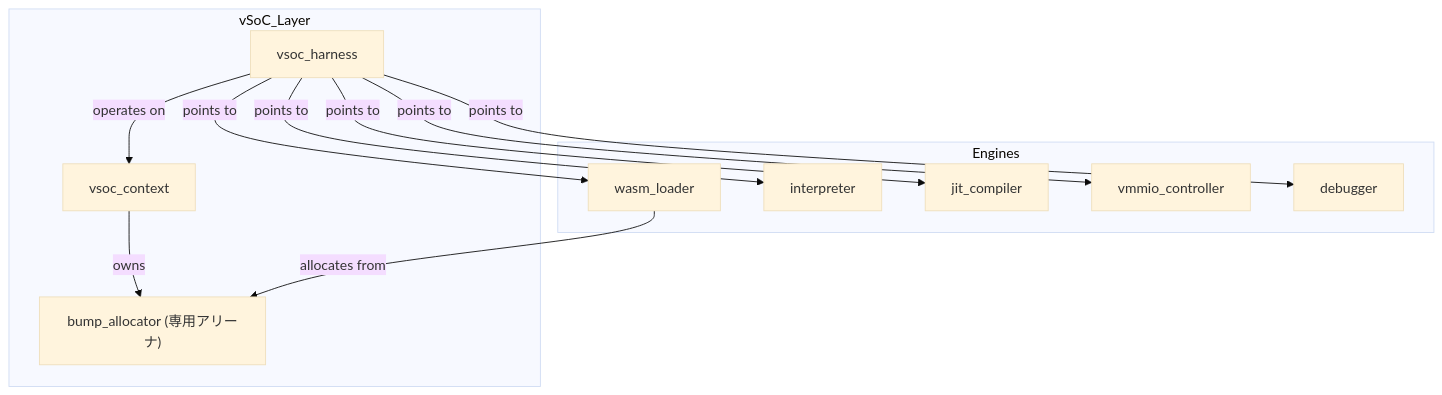
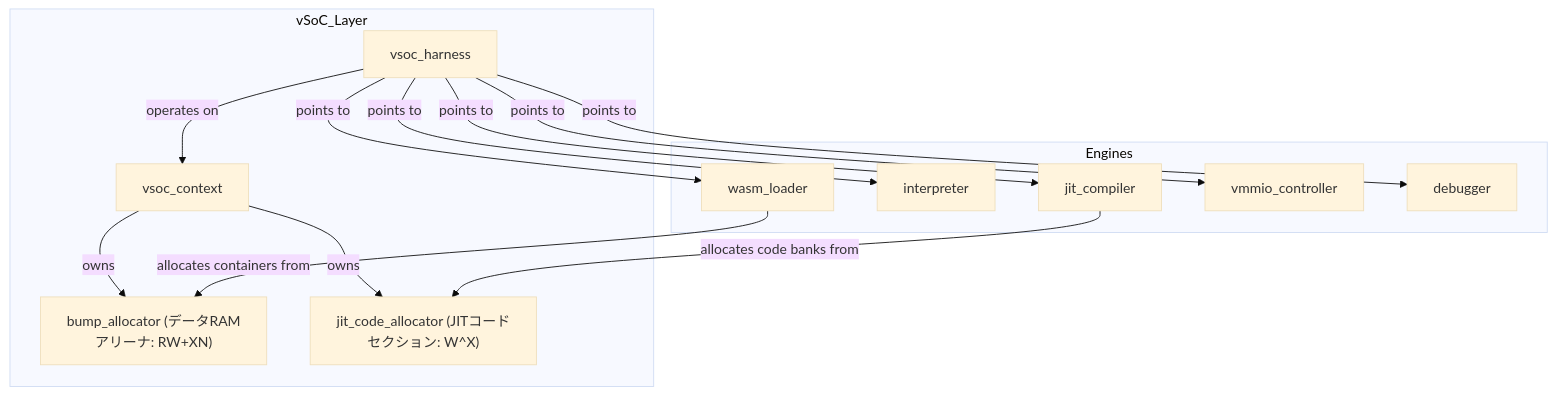
Before and after one commit to kmt-t/fireball: the first of 6 diagrams in docs/components/tier2_runtime/runtime_vsoc.md, drawn with Mermaid (base theme). The commit also changed other lines of this file and 4 other files, not shown here.

Commit message:
docs: separate W^X JIT code allocator from data bump allocator

````diff
--- a/docs/components/tier2_runtime/runtime_vsoc.md
+++ b/docs/components/tier2_runtime/runtime_vsoc.md
@@ -28,25 +28,28 @@
 ```mermaid
 graph TD
     subgraph vSoC_Layer
         Harness["vsoc_harness"]
         Context["vsoc_context"]
-        Alloc["bump_allocator (専用アリーナ)"]
+        Alloc["bump_allocator (データRAMアリーナ: RW+XN)"]
+        JitAlloc["jit_code_allocator (JITコードセクション: W^X)"]
     end
 
     subgraph Engines
         Loader["wasm_loader"]
         Interp["interpreter"]
         JIT["jit_compiler"]
         vMMIO["vmmio_controller"]
         Debug["debugger"]
     end
 
     Harness -- points to --> Loader
     Harness -- points to --> Interp
     Harness -- points to --> JIT
     Harness -- points to --> vMMIO
     Harness -- points to --> Debug
     Harness -- operates on --> Context
     Context -- owns --> Alloc
-    Loader -- allocates from --> Alloc
+    Context -- owns --> JitAlloc
+    Loader -- allocates containers from --> Alloc
+    JIT -- allocates code banks from --> JitAlloc
 ```
````
